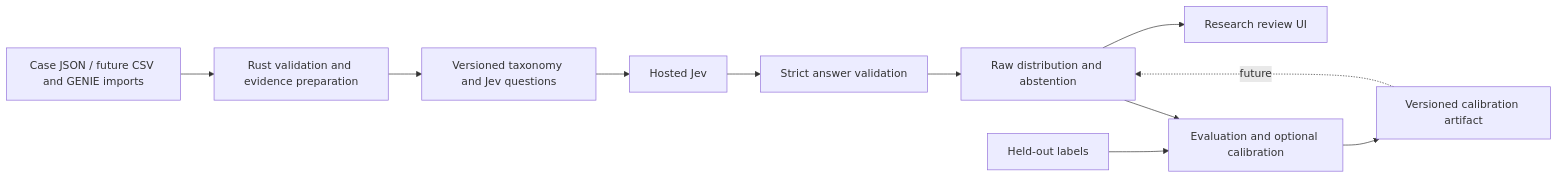
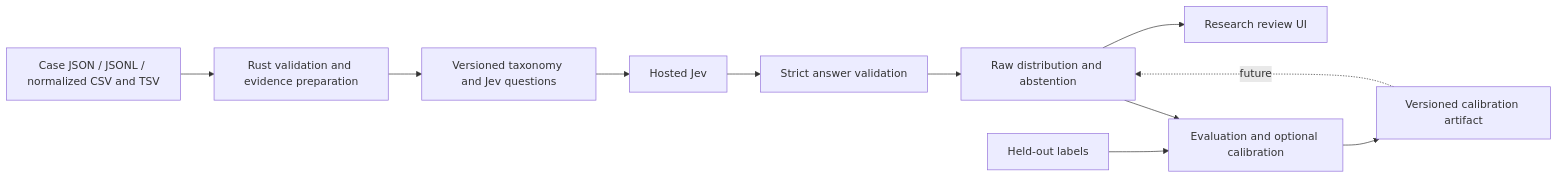
One commit to SampleBias/Jev_Onco_Statistical_Hierarchy changed the diagram in docs/ARCHITECTURE.md. Above: the diagram before and after it, drawn with Mermaid. The commit also changed other lines of this file and 48 other files, not shown here.

Commit message:
feat: add Phase 02 evidence imports and TUI bundle browser

````diff
--- a/docs/ARCHITECTURE.md
+++ b/docs/ARCHITECTURE.md
@@ -5,13 +5,13 @@
 ```mermaid
 flowchart LR
-    A[Case JSON / future CSV and GENIE imports] --> B[Rust validation and evidence preparation]
+    A[Case JSON / JSONL / normalized CSV and TSV] --> B[Rust validation and evidence preparation]
     B --> C[Versioned taxonomy and Jev questions]
     C --> D[Hosted Jev]
     D --> E[Strict answer validation]
     E --> F[Raw distribution and abstention]
     F --> G[Research review UI]
     H[Held-out labels] --> I[Evaluation and optional calibration]
     F --> I
     I --> J[Versioned calibration artifact]
     J -. future .-> F
 ```
````
